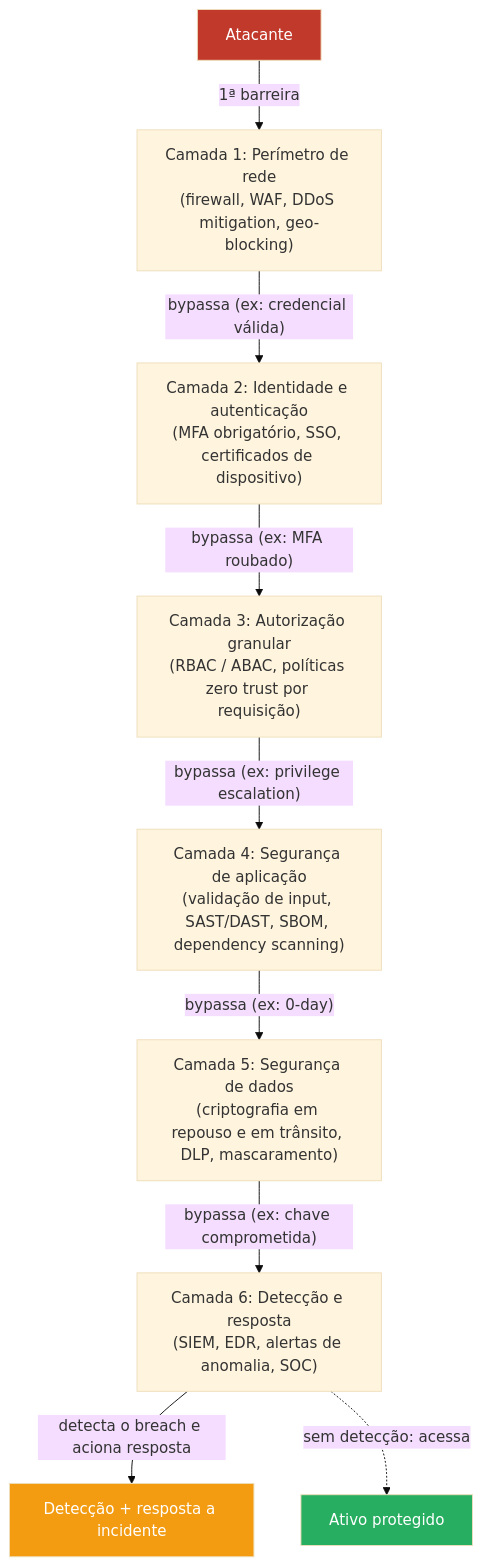
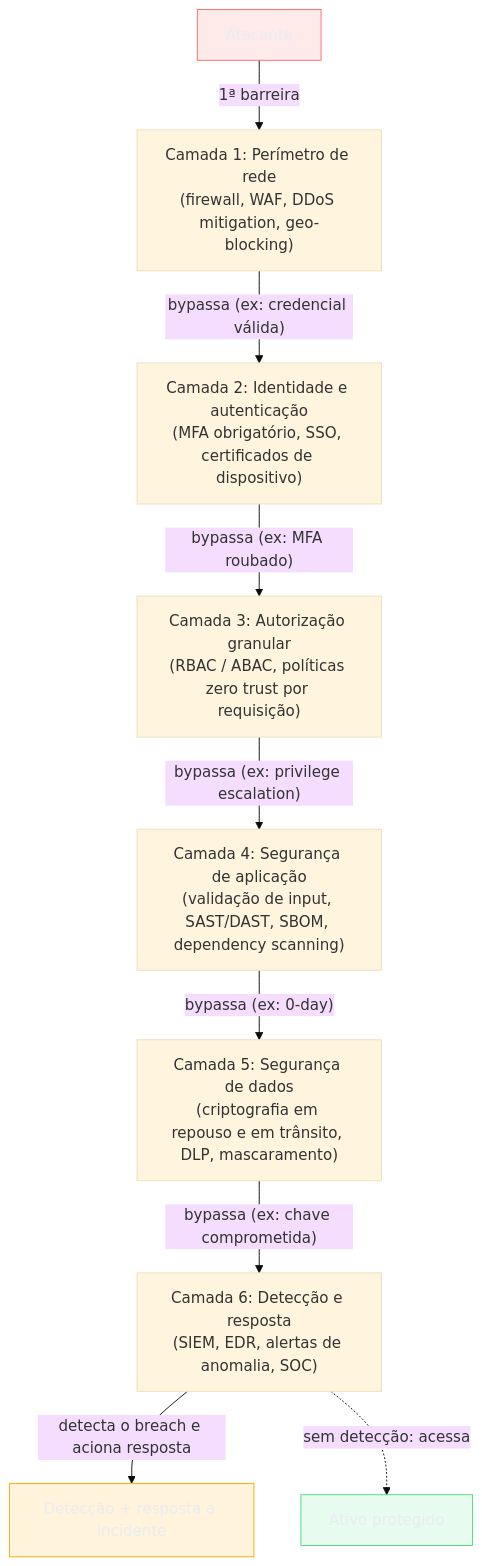
The fourth of 5 diagrams in 03-Dominios/Engenharia/Segurança/19 - Zero trust e defesa em profundidade.md (josenaldo/codex-technomanticus), drawn with Mermaid (base theme) before and after one commit. The commit also changed other lines of this file and 1181 other files, not shown here.

First line of the commit message:
fix(diagramas): paleta do sistema no lugar de cor cravada no markdown

````diff
--- a/03-Dominios/Engenharia/Segurança/19 - Zero trust e defesa em profundidade.md
+++ b/03-Dominios/Engenharia/Segurança/19 - Zero trust e defesa em profundidade.md
@@ -165,25 +165,28 @@
 ```mermaid
 flowchart TD
+    classDef falha fill:#FF6B6B24,stroke:#FF6B6B,color:#E9ECF2
+    classDef ok fill:#4ADE8021,stroke:#4ADE80,color:#E9ECF2
+    classDef destaque fill:#FFAA0024,stroke:#FFAA00,color:#E9ECF2
     ATK["Atacante"]
     L1["Camada 1: Perímetro de rede<br/>(firewall, WAF, DDoS mitigation, geo-blocking)"]
     L2["Camada 2: Identidade e autenticação<br/>(MFA obrigatório, SSO, certificados de dispositivo)"]
     L3["Camada 3: Autorização granular<br/>(RBAC / ABAC, políticas zero trust por requisição)"]
     L4["Camada 4: Segurança de aplicação<br/>(validação de input, SAST/DAST, SBOM, dependency scanning)"]
     L5["Camada 5: Segurança de dados<br/>(criptografia em repouso e em trânsito, DLP, mascaramento)"]
     L6["Camada 6: Detecção e resposta<br/>(SIEM, EDR, alertas de anomalia, SOC)"]
     ASSET["Ativo protegido"]
     DETECT["Detecção + resposta a incidente"]
 
     ATK -->|"1ª barreira"| L1
     L1 -->|"bypassa (ex: credencial válida)"| L2
     L2 -->|"bypassa (ex: MFA roubado)"| L3
     L3 -->|"bypassa (ex: privilege escalation)"| L4
     L4 -->|"bypassa (ex: 0-day)"| L5
     L5 -->|"bypassa (ex: chave comprometida)"| L6
     L6 -->|"detecta o breach e aciona resposta"| DETECT
     L6 -.->|"sem detecção: acessa"| ASSET
 
-    style ATK fill:#c0392b,color:#fff
-    style ASSET fill:#27ae60,color:#fff
-    style DETECT fill:#f39c12,color:#fff
+    class ATK falha
+    class ASSET ok
+    class DETECT destaque
 ```
````
